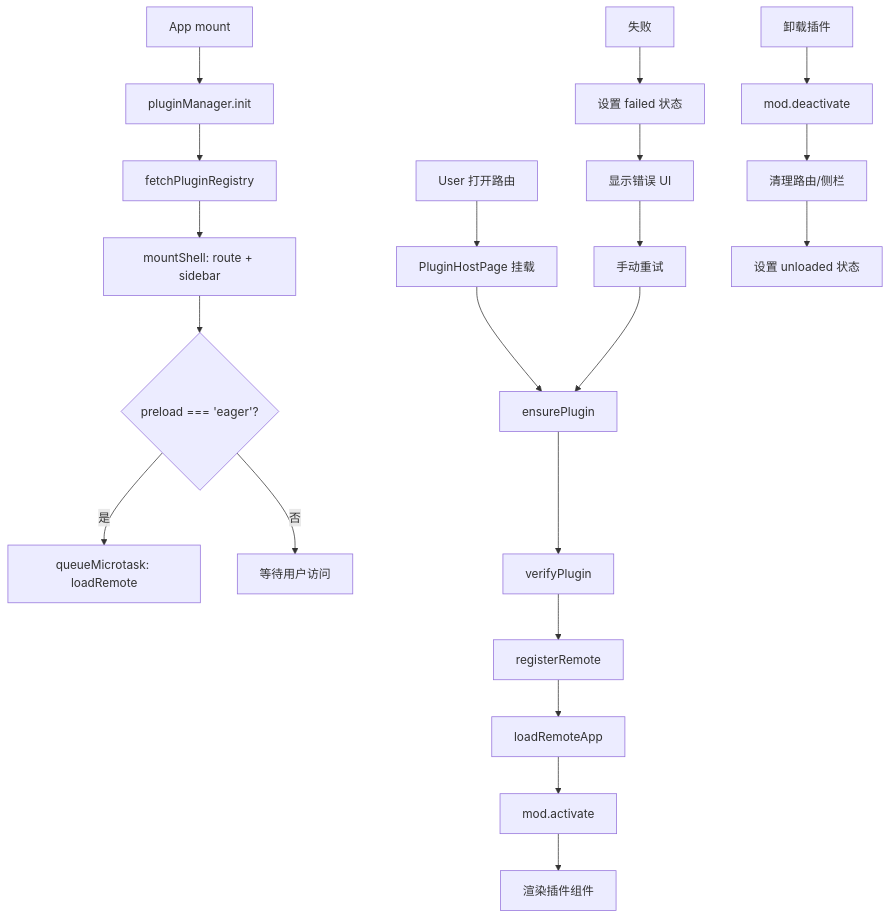
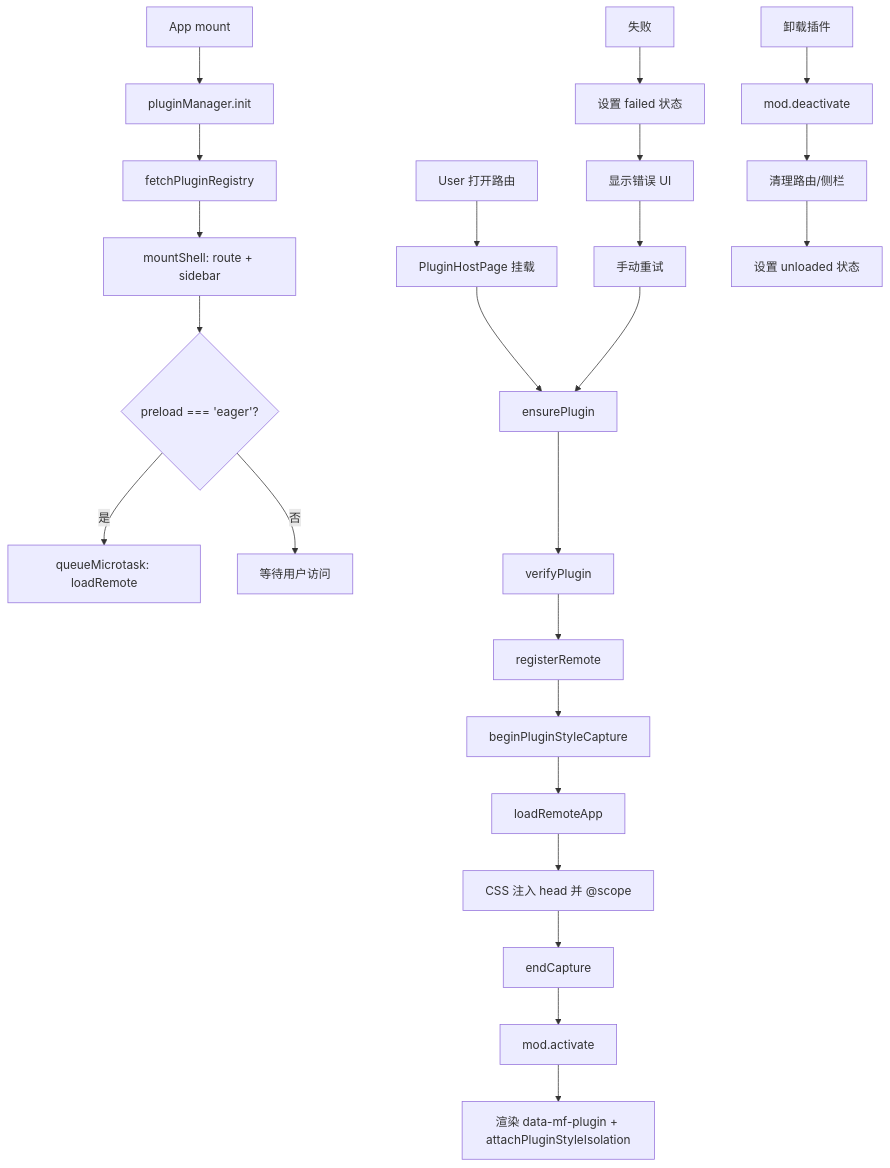
The fifth of 5 diagrams in apps/frontend/src/plugins/docs/mf-implementation-guide.md (dnhyxc/dnhyxc-ai), drawn with Mermaid before and after one commit. The commit also changed other lines of this file and 61 other files, not shown here.

````diff
--- a/apps/frontend/src/plugins/docs/mf-implementation-guide.md
+++ b/apps/frontend/src/plugins/docs/mf-implementation-guide.md
@@ -2958,26 +4001,29 @@
 ```mermaid
 flowchart TD
     A[App mount] --> B[pluginManager.init]
     B --> C[fetchPluginRegistry]
     C --> D[mountShell: route + sidebar]
     D --> E{preload === 'eager'?}
     E -->|是| F[queueMicrotask: loadRemote]
     E -->|否| G[等待用户访问]
     
     H[User 打开路由] --> I[PluginHostPage 挂载]
     I --> J[ensurePlugin]
     J --> K[verifyPlugin]
     K --> L[registerRemote]
-    L --> M[loadRemoteApp]
-    M --> N[mod.activate]
-    N --> O[渲染插件组件]
+    L --> L2[beginPluginStyleCapture]
+    L2 --> M[loadRemoteApp]
+    M --> M2[CSS 注入 head 并 @scope]
+    M2 --> M3[endCapture]
+    M3 --> N[mod.activate]
+    N --> O[渲染 data-mf-plugin + attachPluginStyleIsolation]
     
     P[失败] --> Q[设置 failed 状态]
     Q --> R[显示错误 UI]
     R --> S[手动重试]
     S --> J
     
     T[卸载插件] --> U[mod.deactivate]
     U --> V[清理路由/侧栏]
     V --> W[设置 unloaded 状态]
 ```
````
